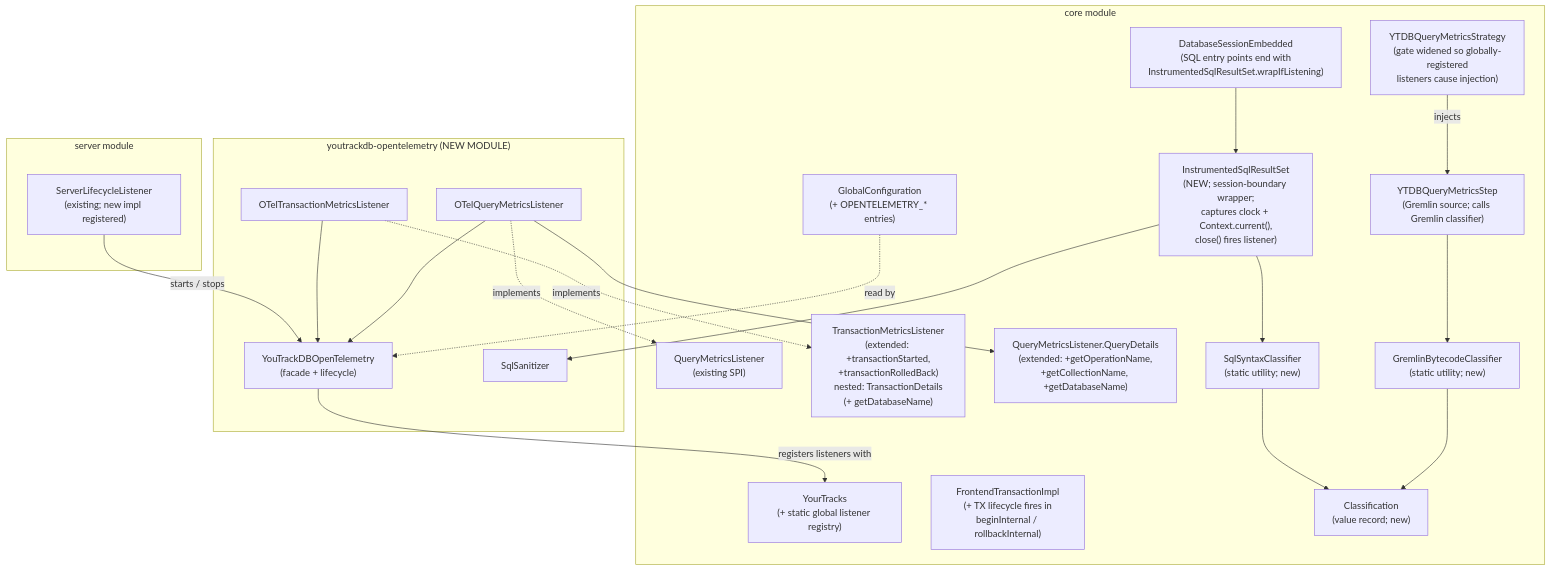
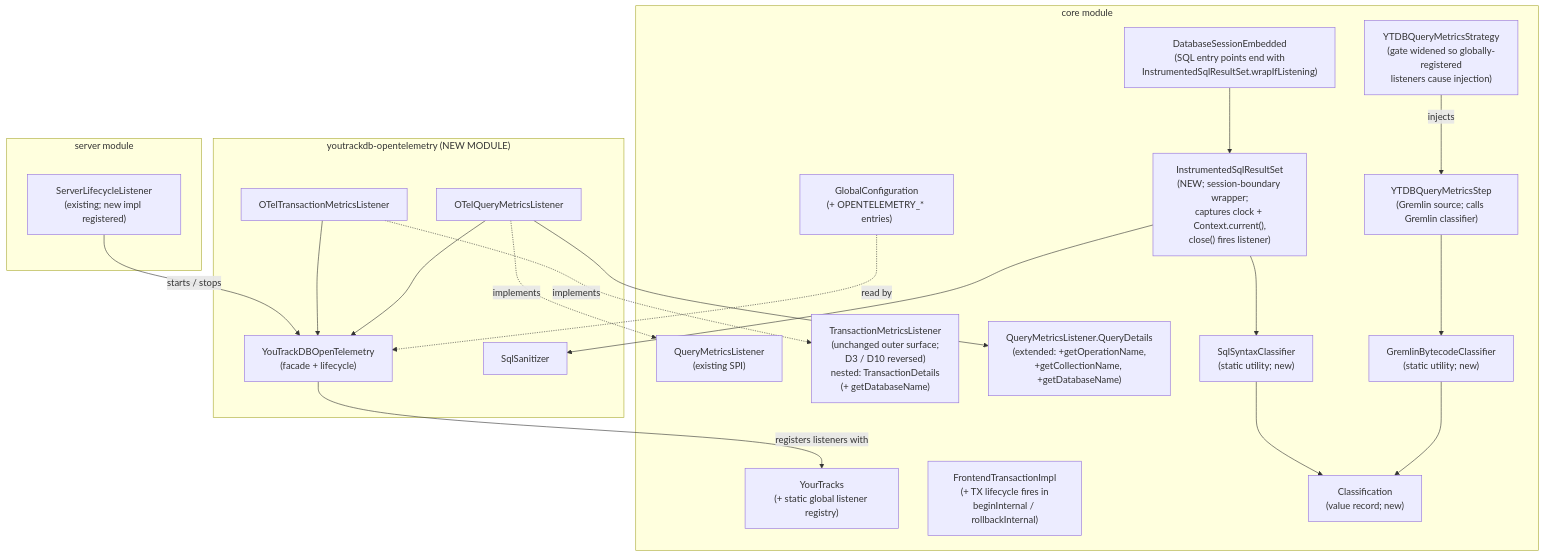
Before and after one commit to JetBrains/youtrackdb: the diagram in docs/adr/ytdb-496-opentelemetry-support/_workflow/implementation-plan.md, drawn with Mermaid. The commit also changed other lines of this file and 7 other files, not shown here.

````diff
--- a/docs/adr/ytdb-496-opentelemetry-support/_workflow/implementation-plan.md
+++ b/docs/adr/ytdb-496-opentelemetry-support/_workflow/implementation-plan.md
@@ -31,45 +32,45 @@
 ```mermaid
 flowchart TB
     subgraph core["core module"]
         QML["QueryMetricsListener<br/>(existing SPI)"]
-        TML["TransactionMetricsListener<br/>(extended: +transactionStarted,<br/>+transactionRolledBack)<br/>nested: TransactionDetails<br/>(+ getDatabaseName)"]
+        TML["TransactionMetricsListener<br/>(unchanged outer surface;<br/>D3 / D10 reversed)<br/>nested: TransactionDetails<br/>(+ getDatabaseName)"]
         QD["QueryMetricsListener.QueryDetails<br/>(extended: +getOperationName,<br/>+getCollectionName, +getDatabaseName)"]
         YOU["YourTracks<br/>(+ static global listener registry)"]
         TX["FrontendTransactionImpl<br/>(+ TX lifecycle fires in<br/>beginInternal / rollbackInternal)"]
         STEP["YTDBQueryMetricsStep<br/>(Gremlin source; calls Gremlin classifier)"]
         STRAT["YTDBQueryMetricsStrategy<br/>(gate widened so globally-registered<br/>listeners cause injection)"]
         DSE["DatabaseSessionEmbedded<br/>(SQL entry points end with<br/>InstrumentedSqlResultSet.wrapIfListening)"]
         ISR["InstrumentedSqlResultSet<br/>(NEW; session-boundary wrapper;<br/>captures clock + Context.current(),<br/>close() fires listener)"]
         GCLS["GremlinBytecodeClassifier<br/>(static utility; new)"]
         SCLS["SqlSyntaxClassifier<br/>(static utility; new)"]
         CLR["Classification<br/>(value record; new)"]
         GC["GlobalConfiguration<br/>(+ OPENTELEMETRY_* entries)"]
     end
 
     subgraph server["server module"]
         SLL["ServerLifecycleListener<br/>(existing; new impl registered)"]
     end
 
     subgraph otel["youtrackdb-opentelemetry (NEW MODULE)"]
         OTQ["OTelQueryMetricsListener"]
         OTT["OTelTransactionMetricsListener"]
         FAC["YouTrackDBOpenTelemetry<br/>(facade + lifecycle)"]
         SQLS["SqlSanitizer"]
     end
 
     OTQ -.implements.-> QML
     OTT -.implements.-> TML
     OTQ --> FAC
     OTT --> FAC
     OTQ --> QD
     FAC -- "registers listeners with" --> YOU
     SLL -- "starts / stops" --> FAC
     STEP --> GCLS
     STRAT -- "injects" --> STEP
     DSE --> ISR
     ISR --> SCLS
     ISR --> SQLS
     GCLS --> CLR
     SCLS --> CLR
     GC -. read by .-> FAC
 ```
````
